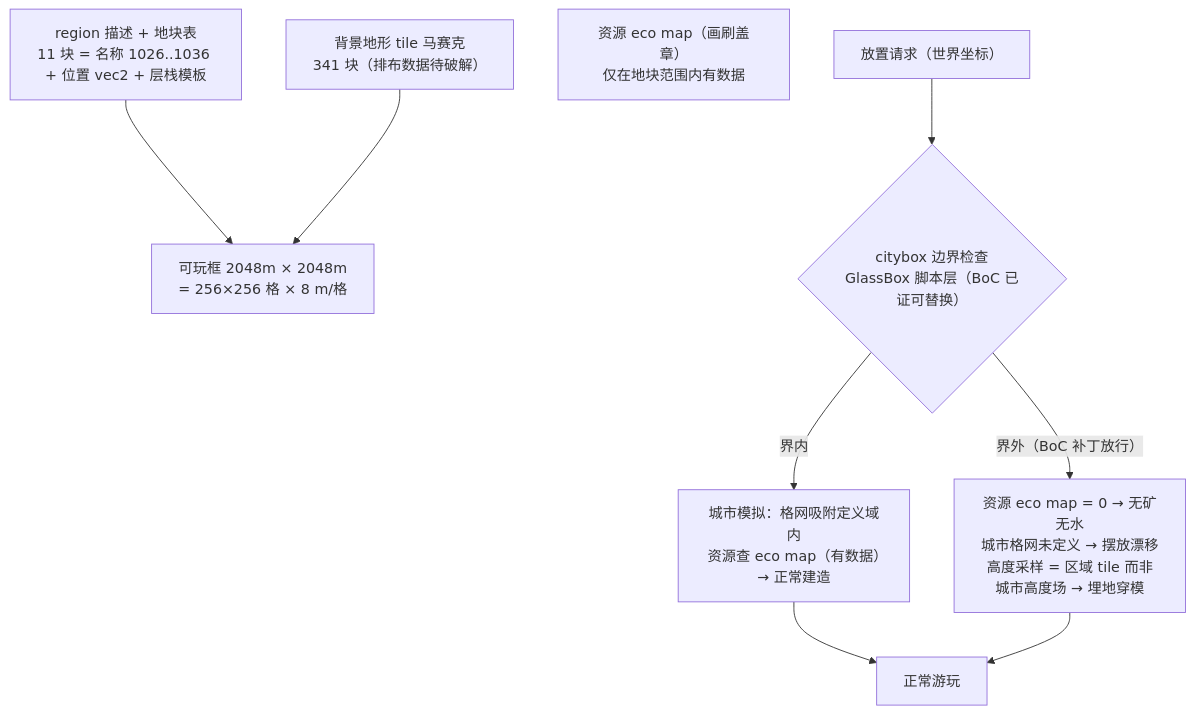
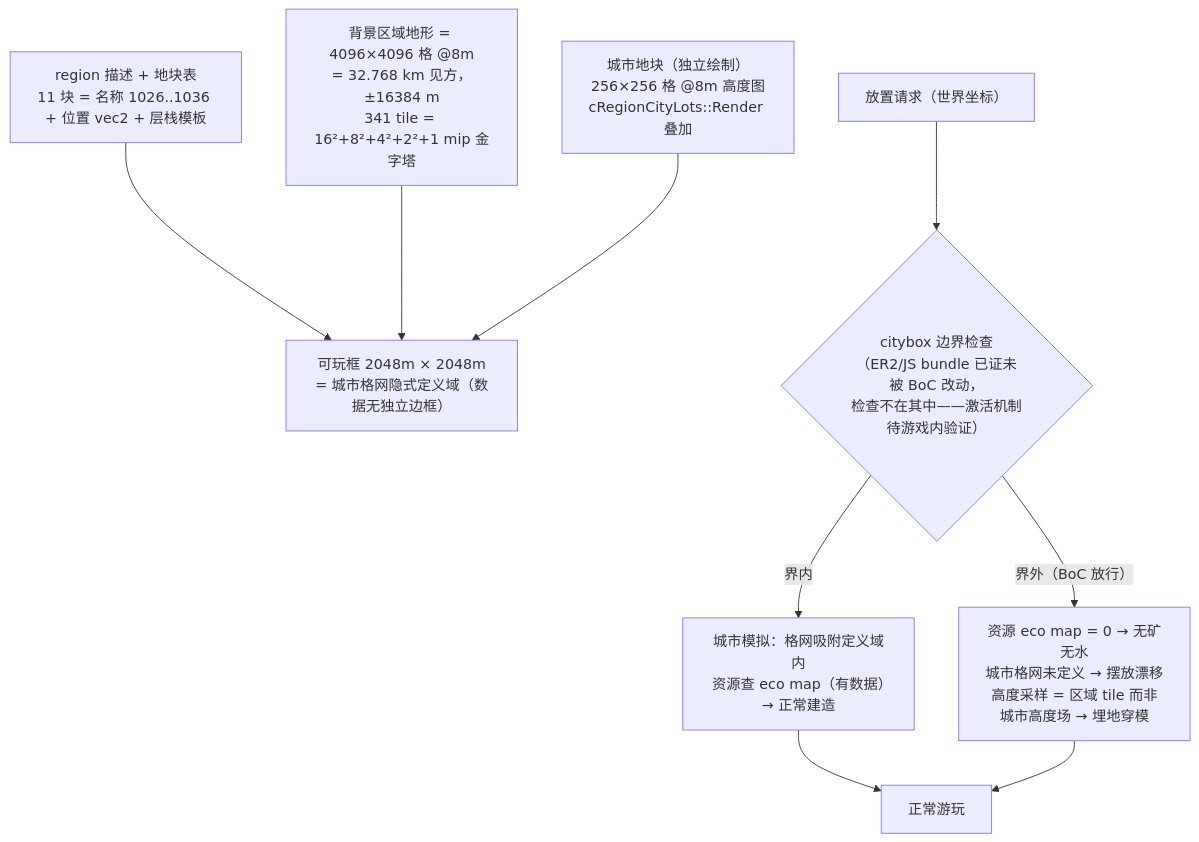
Before and after one commit to FluffyChi-Xing/fluffy-open-scp: the second of 2 diagrams in docs/overview/glass-box/region-and-map.md, drawn with Mermaid. The commit also changed other lines of this file and 11 other files, not shown here.

First line of the commit message:
docs(region): tile 排布破解（341=mip 金字塔 16²+8²+4²+2²+1）+ BoC 全量取证修正 §8

````diff
--- a/docs/overview/glass-box/region-and-map.md
+++ b/docs/overview/glass-box/region-and-map.md
@@ -59,17 +62,18 @@
 ```mermaid
 flowchart TB
     RD["region 描述 + 地块表<br/>11 块 = 名称 1026..1036 + 位置 vec2 + 层栈模板"]
-    BG["背景地形 tile 马赛克<br/>341 块（排布数据待破解）"]
-    ECO["资源 eco map（画刷盖章）<br/>仅在地块范围内有数据"]
-    PB["可玩框 2048m × 2048m<br/>= 256×256 格 × 8 m/格"]
+    BG["背景区域地形 = 4096×4096 格 @8m<br/>= 32.768 km 见方，±16384 m<br/>341 tile = 16²+8²+4²+2²+1 mip 金字塔"]
+    CITY["城市地块（独立绘制）<br/>256×256 格 @8m 高度图<br/>cRegionCityLots::Render 叠加"]
+    PB["可玩框 2048m × 2048m<br/>= 城市格网隐式定义域（数据无独立边框）"]
 
     RD --> PB
     BG --> PB
+    CITY --> PB
 
-    REQ["放置请求（世界坐标）"] --> CHECK{"citybox 边界检查<br/>GlassBox 脚本层（BoC 已证可替换）"}
+    REQ["放置请求（世界坐标）"] --> CHECK{"citybox 边界检查<br/>（ER2/JS bundle 已证未被 BoC 改动，<br/>检查不在其中——激活机制待游戏内验证）"}
     CHECK -->|"界内"| IN["城市模拟：格网吸附定义域内<br/>资源查 eco map（有数据）→ 正常建造"]
-    CHECK -->|"界外（BoC 补丁放行）"| OUT["资源 eco map = 0 → 无矿无水<br/>城市格网未定义 → 摆放漂移<br/>高度采样 = 区域 tile 而非城市高度场 → 埋地穿模"]
+    CHECK -->|"界外（BoC 放行）"| OUT["资源 eco map = 0 → 无矿无水<br/>城市格网未定义 → 摆放漂移<br/>高度采样 = 区域 tile 而非城市高度场 → 埋地穿模"]
 
     IN --> PLAY["正常游玩"]
     OUT --> PLAY
 ```
````
